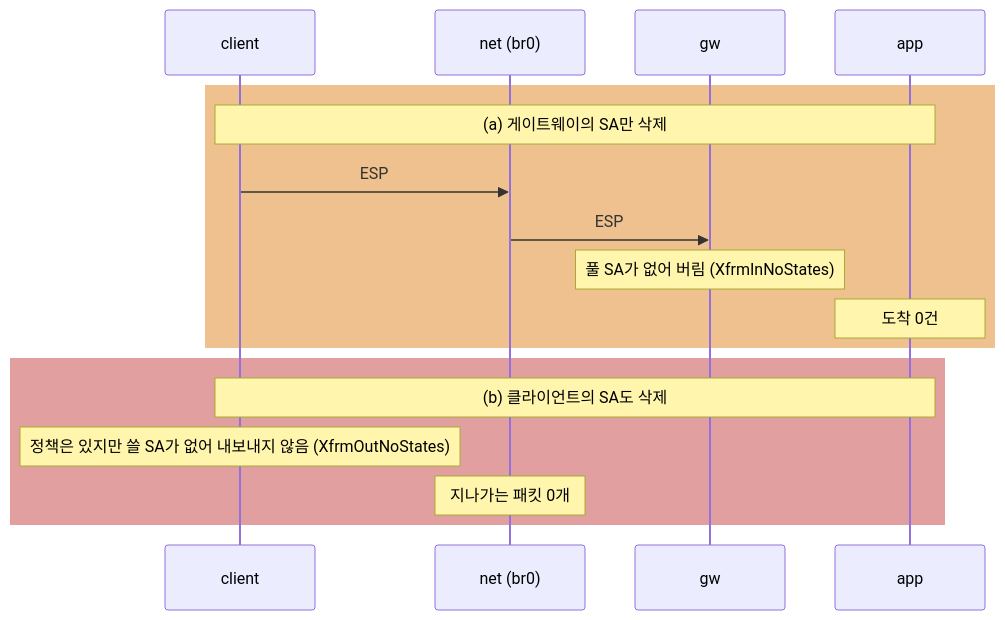
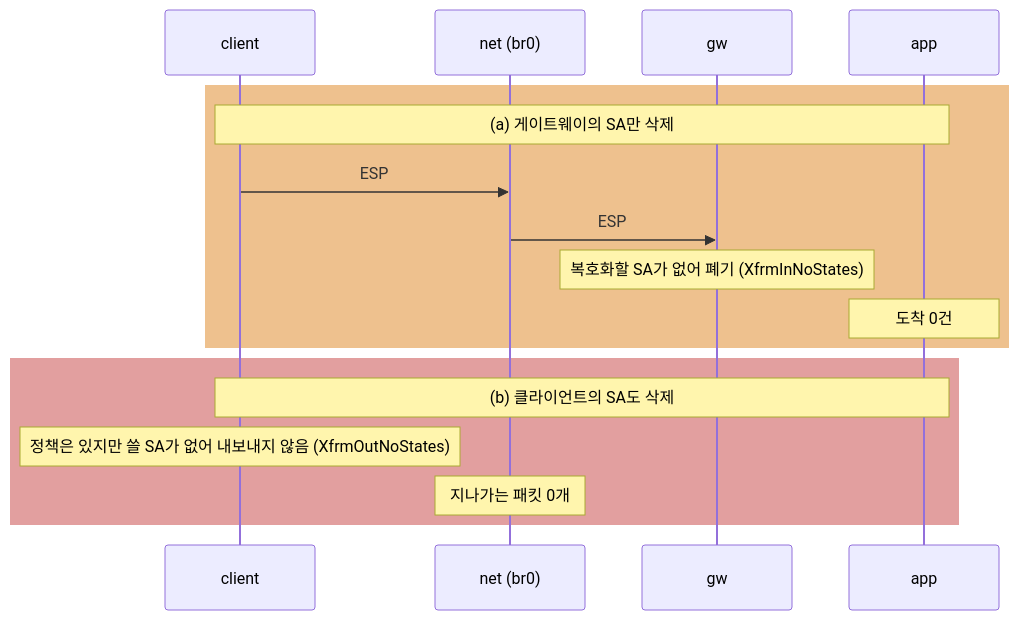
One commit to loquemedalagana/ipsec-gateway-lab changed the second of 2 diagrams in README.md. Above: the diagram before and after it, drawn with Mermaid. The commit also changed other lines of this file and 1 other file, not shown here.

````diff
--- a/README.md
+++ b/README.md
@@ -119,19 +119,19 @@
 ```mermaid
 sequenceDiagram
   participant C as client
   participant N as net (br0)
   participant G as gw
   participant A as app
   rect rgba(217, 119, 6, 0.45)
     Note over C,A: (a) 게이트웨이의 SA만 삭제
     C->>N: ESP
     N->>G: ESP
-    Note over G: 풀 SA가 없어 버림 (XfrmInNoStates)
+    Note over G: 복호화할 SA가 없어 폐기 (XfrmInNoStates)
     Note over A: 도착 0건
   end
   rect rgba(185, 28, 28, 0.42)
     Note over C,A: (b) 클라이언트의 SA도 삭제
     Note over C: 정책은 있지만 쓸 SA가 없어 내보내지 않음 (XfrmOutNoStates)
     Note over N: 지나가는 패킷 0개
   end
 ```
````
